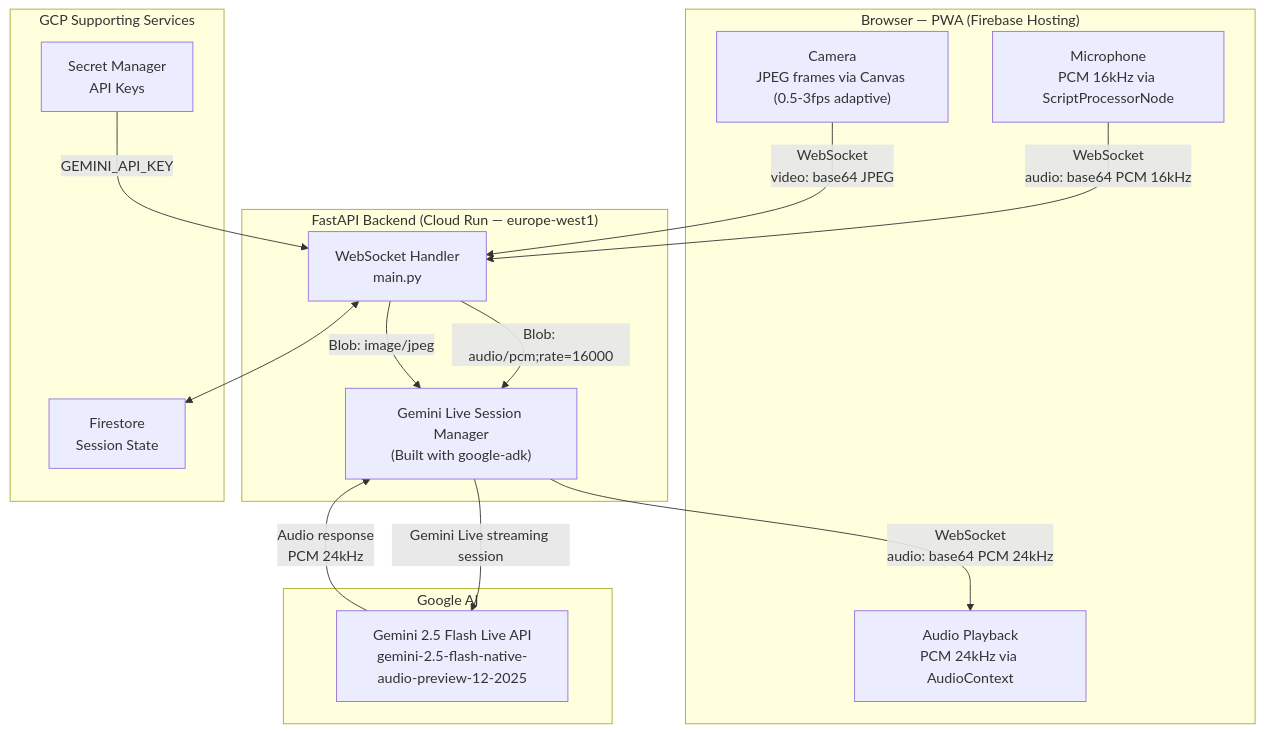
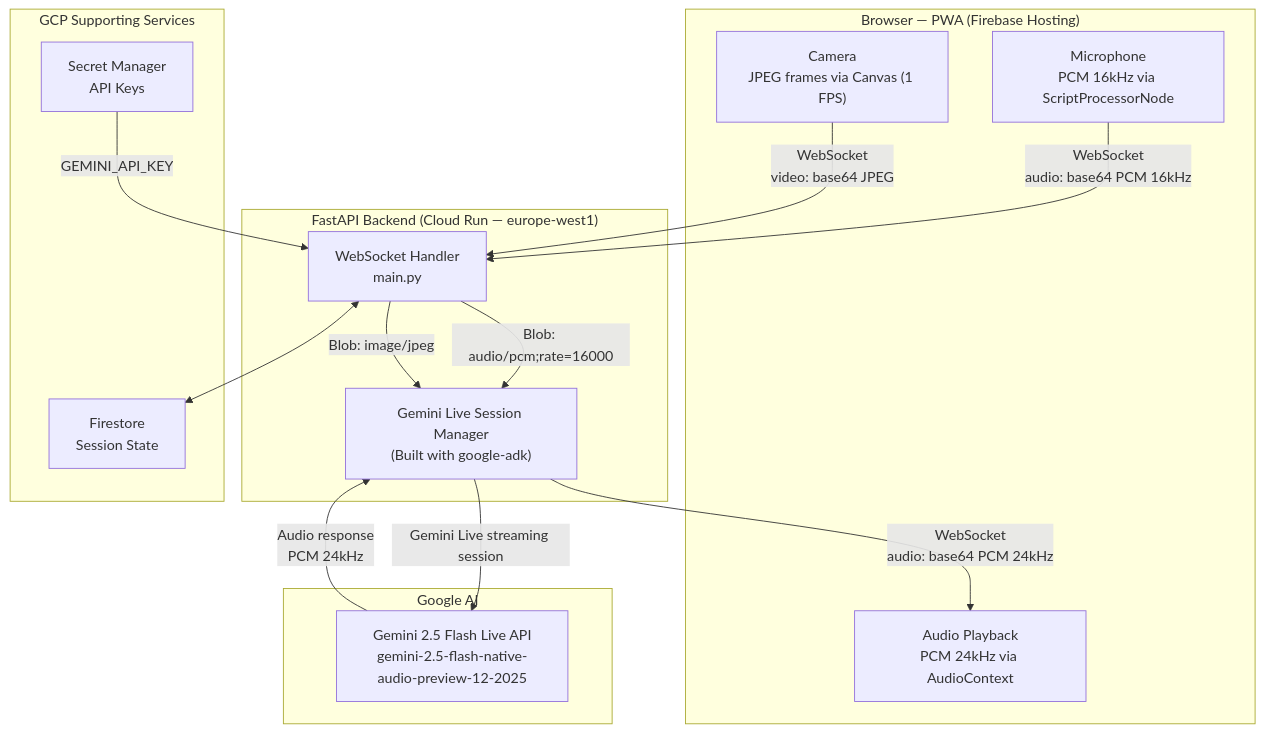
The diagram in README.md (luistatera/SeeMeTutor), drawn with Mermaid before and after one commit. The commit also changed other lines of this file and 3 other files, not shown here.

````diff
--- a/README.md
+++ b/README.md
@@ -52,32 +52,32 @@
 ```mermaid
 flowchart TD
     subgraph Browser["Browser — PWA (Firebase Hosting)"]
         MIC["Microphone\nPCM 16kHz via ScriptProcessorNode"]
-        CAM["Camera\nJPEG frames via Canvas (0.5-3fps adaptive)"]
+        CAM["Camera\nJPEG frames via Canvas (1 FPS)"]
         PLAY["Audio Playback\nPCM 24kHz via AudioContext"]
     end
 
     subgraph Backend["FastAPI Backend (Cloud Run — europe-west1)"]
         WS["WebSocket Handler\nmain.py"]
         GL["Gemini Live Session Manager\n(Built with google-adk)"]
     end
 
     subgraph Google["Google AI"]
         GEMINI["Gemini 2.5 Flash Live API\ngemini-2.5-flash-native-audio-preview-12-2025"]
     end
 
     subgraph GCP["GCP Supporting Services"]
         FS["Firestore\nSession State"]
         SM["Secret Manager\nAPI Keys"]
     end
 
     MIC -- "WebSocket\naudio: base64 PCM 16kHz" --> WS
     CAM -- "WebSocket\nvideo: base64 JPEG" --> WS
     WS -- "Blob: audio/pcm;rate=16000" --> GL
     WS -- "Blob: image/jpeg" --> GL
     GL -- "Gemini Live streaming session" --> GEMINI
     GEMINI -- "Audio response\nPCM 24kHz" --> GL
     GL -- "WebSocket\naudio: base64 PCM 24kHz" --> PLAY
     WS <--> FS
     SM -- "GEMINI_API_KEY" --> WS
 ```
````
